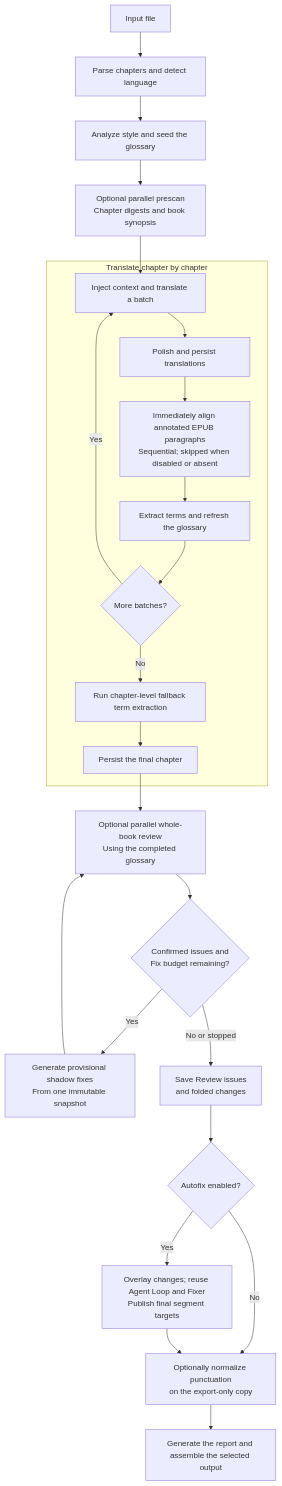
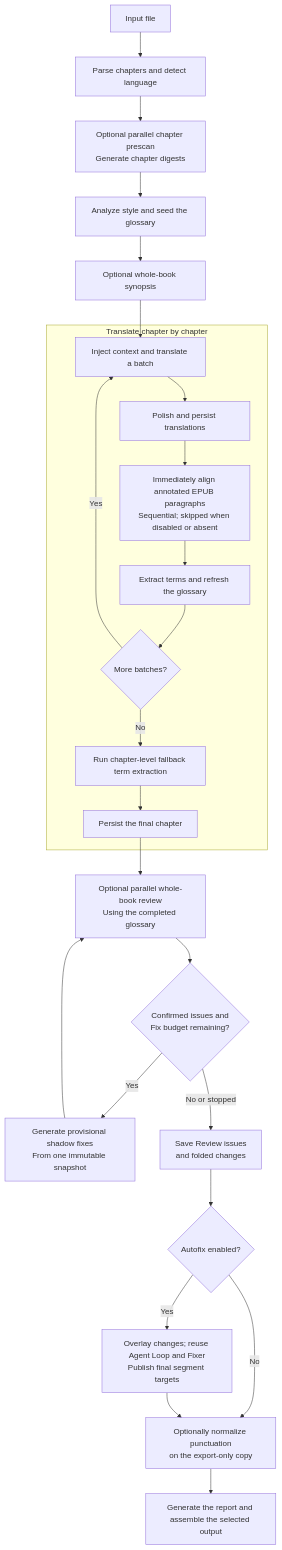
The diagram in docs/pipeline.md (BigDawnGhost/wenyi), drawn with Mermaid before and after one commit. The commit also changed other lines of this file and 7 other files, not shown here.

````diff
--- a/docs/pipeline.md
+++ b/docs/pipeline.md
@@ -7,29 +7,30 @@
 ```mermaid
 flowchart TD
     A[Input file] --> B[Parse chapters and detect language]
-    B --> C[Analyze style and seed the glossary]
-    C --> D[Optional parallel prescan<br/>Chapter digests and book synopsis]
-    D --> E
+    B --> C[Optional parallel chapter prescan<br/>Generate chapter digests]
+    C --> D[Analyze style and seed the glossary]
+    D --> DS[Optional whole-book synopsis]
+    DS --> E
 
     subgraph T[Translate chapter by chapter]
         E[Inject context and translate a batch]
         E --> F[Polish and persist translations]
         F --> FA[Immediately align annotated EPUB paragraphs<br/>Sequential; skipped when disabled or absent]
         FA --> G[Extract terms and refresh the glossary]
         G --> H{More batches?}
         H -- Yes --> E
         H -- No --> IB[Run chapter-level fallback term extraction]
         IB --> J[Persist the final chapter]
     end
 
     J --> K[Optional parallel whole-book review<br/>Using the completed glossary]
     K --> N{Confirmed issues and<br/>Fix budget remaining?}
     N -- Yes --> O[Generate provisional shadow fixes<br/>From one immutable snapshot]
     O --> K
     N -- No or stopped --> P[Save Review issues<br/>and folded changes]
     P --> Q{Autofix enabled?}
     Q -- Yes --> R[Overlay changes; reuse Agent Loop and Fixer<br/>Publish final segment targets]
     Q -- No --> X[Optionally normalize punctuation<br/>on the export-only copy]
     R --> X
     X --> M[Generate the report and assemble the selected output]
 ```
````
